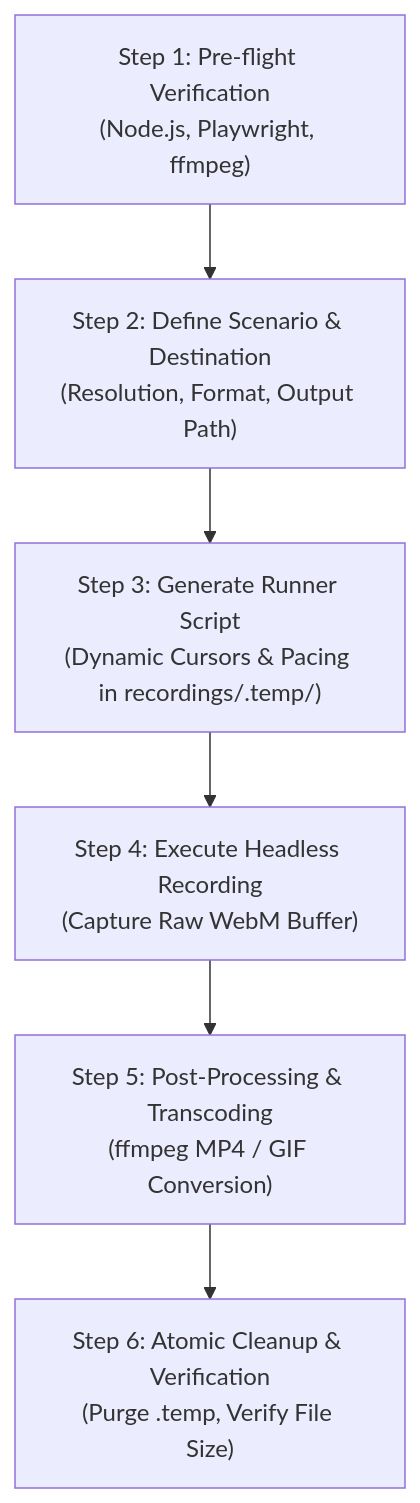
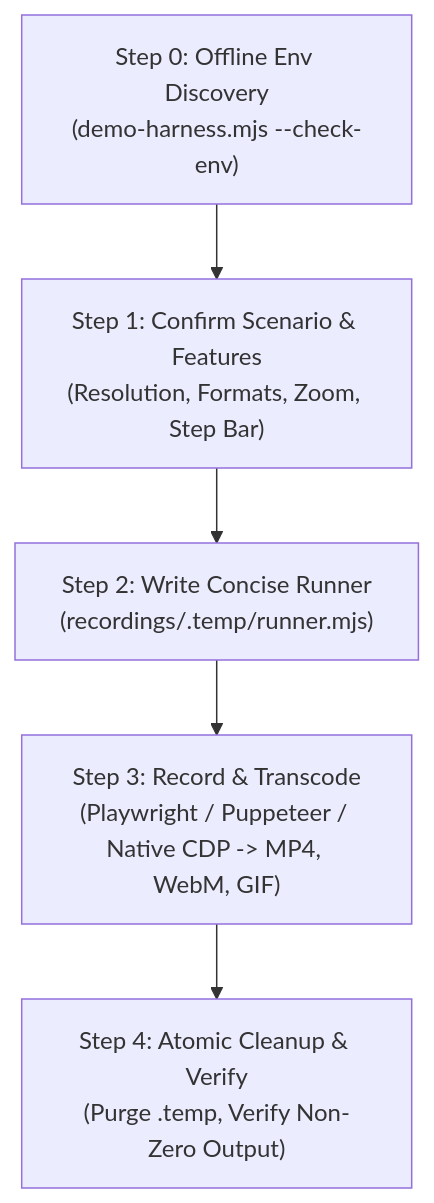
The diagram in skills/record-web-demo/README.md (sepsarip/agent-skills), drawn with Mermaid before and after one commit. The commit also changed other lines of this file and 4 other files, not shown here.

Commit message:
feat(record-web-demo): add multi-engine demo harness and offline browser discovery

````diff
--- a/skills/record-web-demo/README.md
+++ b/skills/record-web-demo/README.md
@@ -46,8 +47,7 @@
 ```mermaid
 flowchart TD
-    Step1["Step 1: Pre-flight Verification\n(Node.js, Playwright, ffmpeg)"] --> Step2["Step 2: Define Scenario & Destination\n(Resolution, Format, Output Path)"]
-    Step2 --> Step3["Step 3: Generate Runner Script\n(Dynamic Cursors & Pacing in recordings/.temp/)"]
-    Step3 --> Step4["Step 4: Execute Headless Recording\n(Capture Raw WebM Buffer)"]
-    Step4 --> Step5["Step 5: Post-Processing & Transcoding\n(ffmpeg MP4 / GIF Conversion)"]
-    Step5 --> Step6["Step 6: Atomic Cleanup & Verification\n(Purge .temp, Verify File Size)"]
+    Step0["Step 0: Offline Env Discovery\n(demo-harness.mjs --check-env)"] --> Step1["Step 1: Confirm Scenario & Features\n(Resolution, Formats, Zoom, Step Bar)"]
+    Step1 --> Step2["Step 2: Write Concise Runner\n(recordings/.temp/runner.mjs)"]
+    Step2 --> Step3["Step 3: Record & Transcode\n(Playwright / Puppeteer / Native CDP -> MP4, WebM, GIF)"]
+    Step3 --> Step4["Step 4: Atomic Cleanup & Verify\n(Purge .temp, Verify Non-Zero Output)"]
 ```
````
